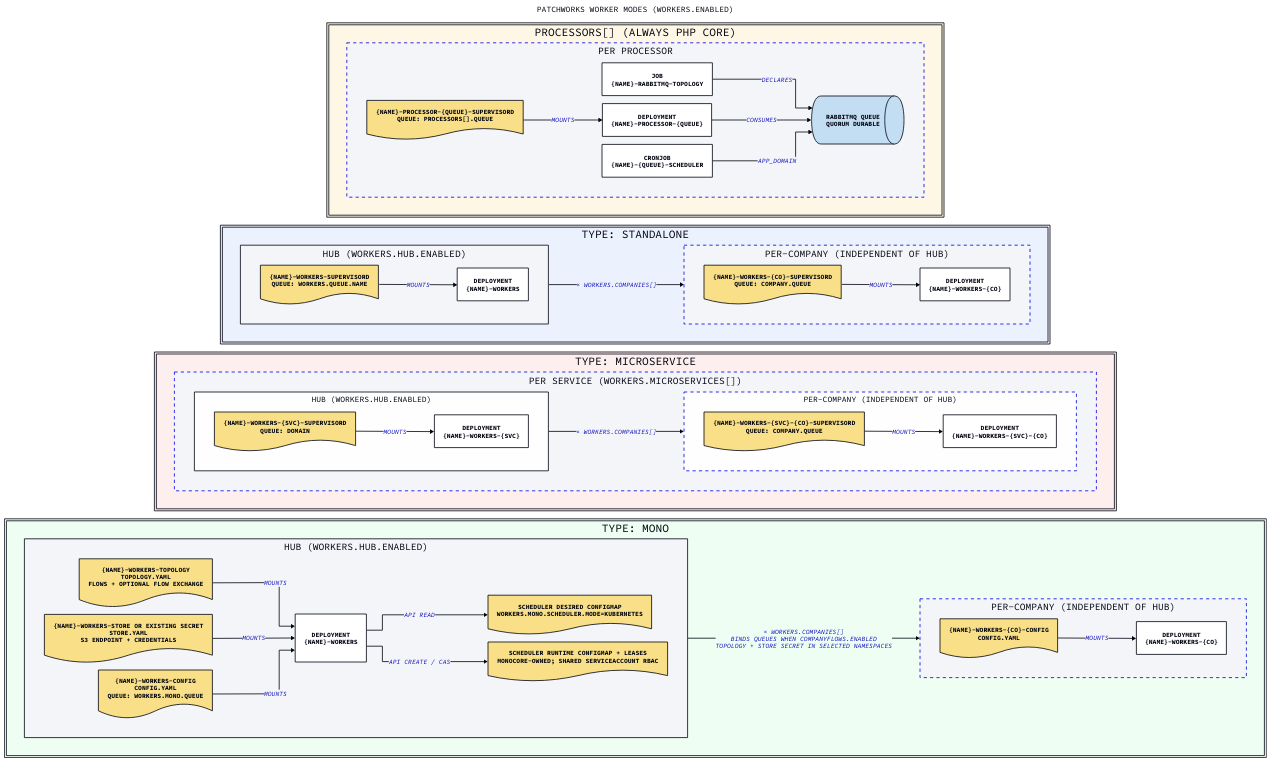
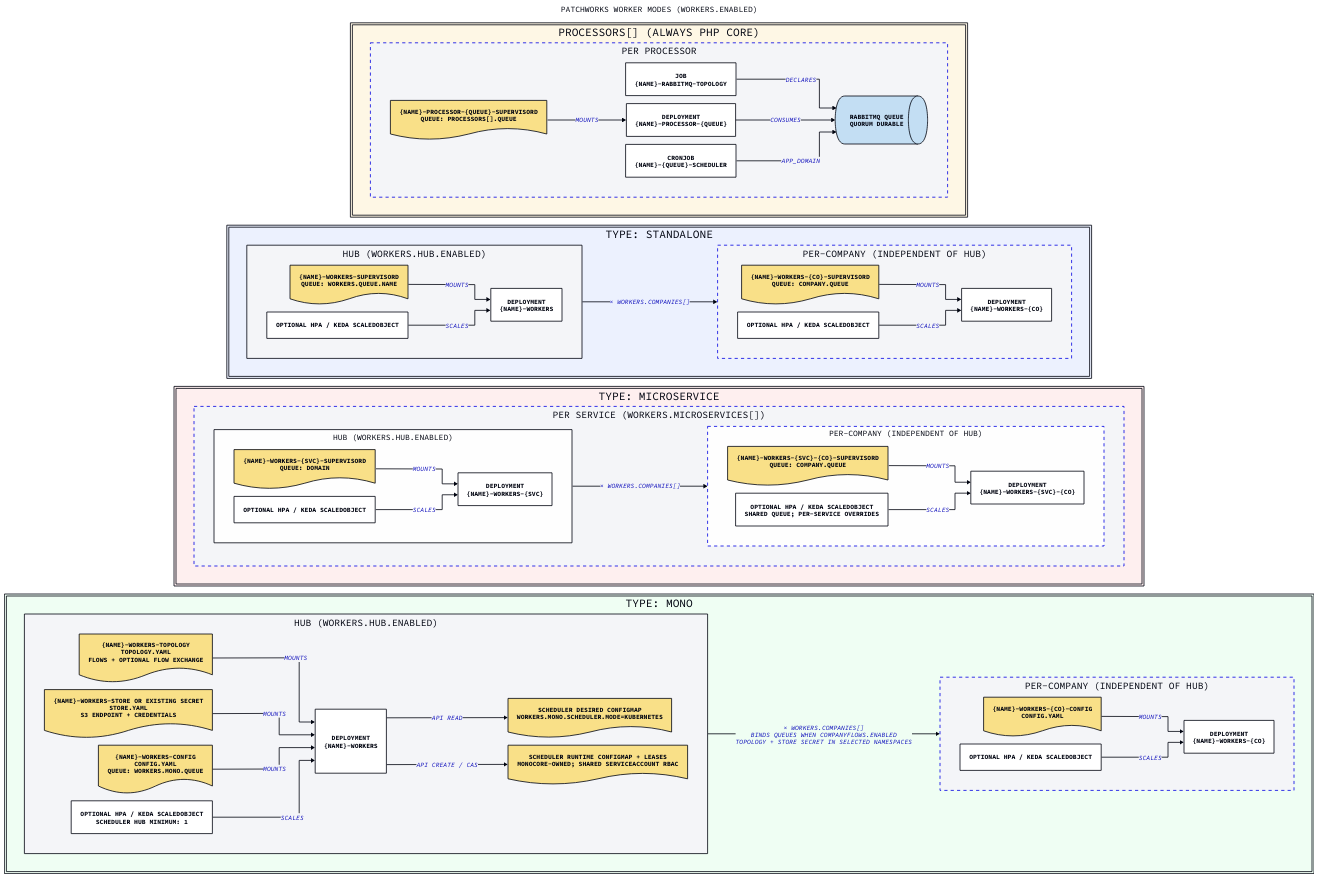
One commit to gopatchworks/selfhosted changed the diagram in docs/workers-diagram.d2. Above: the diagram before and after it, drawn with D2. The commit also changed 15 other files, not shown here.

Commit message:
feat(workers): add configurable KEDA and HPA autoscaling

```diff
--- a/docs/workers-diagram.d2
+++ b/docs/workers-diagram.d2
@@ -1,137 +1,151 @@
 vars: {
   d2-config: {
     layout-engine: elk
     # Terminal theme code
     theme-id: 300
   }
 }
 
 direction: right
 
 title: "Patchworks Worker Modes (workers.enabled)" {
   shape: text
   near: top-center
   style.font-size: 20
 }
 
 # ── processors[] ────────────────────────────────────────────────────────────
 
 processors: "processors[] (always PHP Core)" {
   style.fill: "#FFF8E6"
   direction: down
 
   desc: "Background processor queues are independent of workers.type.\nprocessorDeployments.enabled and scheduler.enabled independently select Deployments and CronJobs.\nrabbitmq.topology.enabled independently selects the queue assertion hook.\nDatabase connections: LANDLORD_DB_* and TENANT_DB_* / TENANT_DB_*_{id}." {
     shape: text
   }
 
   processor: "Per Processor" {
     style.stroke-dash: 4
     direction: right
     topology: "Job\n{name}-rabbitmq-topology" { shape: rectangle }
     cm: "{name}-processor-{queue}-supervisord\nqueue: processors[].queue" { shape: document }
     dep: "Deployment\n{name}-processor-{queue}" { shape: rectangle }
     cron: "CronJob\n{name}-{queue}-scheduler" { shape: rectangle }
     queue: "RabbitMQ queue\nquorum durable" { shape: queue }
     topology -> queue: declares
     cm -> dep: mounts
     dep -> queue: consumes
     cron -> queue: APP_DOMAIN
   }
 }
 
 # ── type: standalone ────────────────────────────────────────────────────────
 
 standalone: "type: standalone" {
   style.fill: "#EDF2FF"
   direction: down
 
   desc: "One queue worker via supervisord.\nConcurrency controlled by workers.processes (numprocs).\nDatabase connections: LANDLORD_DB_* and TENANT_DB_* / TENANT_DB_*_{id}." {
     shape: text
   }
 
   hub: "Hub (workers.hub.enabled)" {
     direction: right
     cm: "{name}-workers-supervisord\nqueue: workers.queue.name" { shape: document }
     dep: "Deployment\n{name}-workers" { shape: rectangle }
     cm -> dep: mounts
   }
 
   company: "Per-Company (independent of hub)" {
     style.stroke-dash: 4
     direction: right
     cm: "{name}-workers-{co}-supervisord\nqueue: company.queue" { shape: document }
     dep: "Deployment\n{name}-workers-{co}" { shape: rectangle }
     cm -> dep: mounts
   }
 
   hub -> company: "× workers.companies[]"
 }
 
 # ── type: microservice ───────────────────────────────────────────────────────
 
 microservice: "type: microservice" {
   style.fill: "#FFF0F0"
   direction: down
 
   desc: "One worker per service key in workers.microservices.\n_default provides fallbacks for all fields.\nDatabase connections: LANDLORD_DB_* and TENANT_DB_* / TENANT_DB_*_{id}." {
     shape: text
   }
 
   service: "Per Service (workers.microservices[])" {
     style.stroke-dash: 4
     direction: down
 
     hub: "Hub (workers.hub.enabled)" {
       direction: right
       cm: "{name}-workers-{svc}-supervisord\nqueue: domain" { shape: document }
       dep: "Deployment\n{name}-workers-{svc}" { shape: rectangle }
       cm -> dep: mounts
     }
 
     company: "Per-Company (independent of hub)" {
       style.stroke-dash: 4
       direction: right
       cm: "{name}-workers-{svc}-{co}-supervisord\nqueue: company.queue" { shape: document }
       dep: "Deployment\n{name}-workers-{svc}-{co}" { shape: rectangle }
       cm -> dep: mounts
     }
 
     hub -> company: "× workers.companies[]"
   }
 }
 
 # ── type: mono ───────────────────────────────────────────────────────────────
 
 mono: "type: mono" {
   style.fill: "#F0FFF4"
   direction: down
 
   desc: "Monocore Go worker. RabbitMQ topology asserted at startup via topology.yaml.\nOptional workers.mono.serviceMonitor.enabled: one ServiceMonitor per worker namespace, metrics :8081.\nDatabase connections: DB_LANDLORD_* and DB_TENANT_* / DB_TENANT_{id}_*.\nTENANT_DB_* compatibility aliases also supplied.\nTenant registry selects the schema and server; company queue does not select a database." {
     shape: text
   }
 
   hub: "Hub (workers.hub.enabled)" {
     direction: right
     topology: "{name}-workers-topology\ntopology.yaml\nflows + optional flow exchange" { shape: document }
     store:    "{name}-workers-store or existing Secret\nstore.yaml\nS3 endpoint + credentials" { shape: document }
     config:   "{name}-workers-config\nconfig.yaml\nqueue: workers.mono.queue" { shape: document }
     dep:      "Deployment\n{name}-workers"                      { shape: rectangle }
     desired: "Scheduler desired ConfigMap\nworkers.mono.scheduler.mode=kubernetes" { shape: document }
     runtime: "Scheduler runtime ConfigMap + Leases\nMonocore-owned; shared ServiceAccount RBAC" { shape: document }
     dep -> desired: "API read"
     dep -> runtime: "API create / CAS"
     topology -> dep: mounts
     store    -> dep: mounts
     config   -> dep: mounts
   }
 
   company: "Per-Company (independent of hub)" {
     style.stroke-dash: 4
     direction: right
     config: "{name}-workers-{co}-config\nconfig.yaml"           { shape: document }
     dep:    "Deployment\n{name}-workers-{co}"                   { shape: rectangle }
     config -> dep: mounts
   }
 
   hub -> company: "× workers.companies[]\nbinds queues when companyFlows.enabled\ntopology + store Secret in selected namespaces"
 }
+
+# Optional scaler per resolved worker target; dependencies supplied by operator.
+standalone.hub.scaler: "Optional HPA / KEDA ScaledObject" { shape: rectangle }
+standalone.hub.scaler -> standalone.hub.dep: scales
+standalone.company.scaler: "Optional HPA / KEDA ScaledObject" { shape: rectangle }
+standalone.company.scaler -> standalone.company.dep: scales
+microservice.service.hub.scaler: "Optional HPA / KEDA ScaledObject" { shape: rectangle }
+microservice.service.hub.scaler -> microservice.service.hub.dep: scales
+microservice.service.company.scaler: "Optional HPA / KEDA ScaledObject\nShared queue; per-service overrides" { shape: rectangle }
+microservice.service.company.scaler -> microservice.service.company.dep: scales
+mono.hub.scaler: "Optional HPA / KEDA ScaledObject\nScheduler hub minimum: 1" { shape: rectangle }
+mono.hub.scaler -> mono.hub.dep: scales
+mono.company.scaler: "Optional HPA / KEDA ScaledObject" { shape: rectangle }
+mono.company.scaler -> mono.company.dep: scales
```
